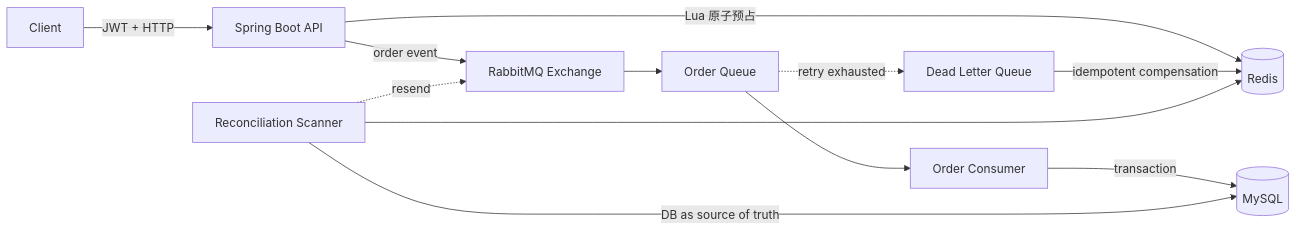
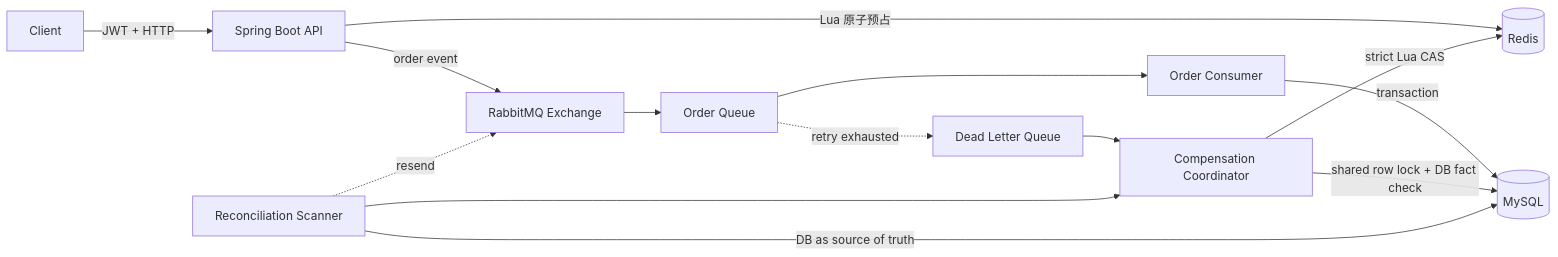
One commit to Jiyun-he/seckill changed the diagram in README.md. Above: the diagram before and after it, drawn with Mermaid. The commit also changed other lines of this file and 15 other files, not shown here.

````diff
--- a/README.md
+++ b/README.md
@@ -31,14 +31,16 @@
 ```mermaid
 flowchart LR
     U[Client] -->|JWT + HTTP| API[Spring Boot API]
     API -->|Lua 原子预占| R[(Redis)]
     API -->|order event| EX[RabbitMQ Exchange]
     EX --> Q[Order Queue]
     Q --> C[Order Consumer]
     C -->|transaction| DB[(MySQL)]
     Q -. retry exhausted .-> DLQ[Dead Letter Queue]
-    DLQ -->|idempotent compensation| R
-    S[Reconciliation Scanner] --> R
+    DLQ --> CC[Compensation Coordinator]
+    S[Reconciliation Scanner] --> CC
+    CC -->|shared row lock + DB fact check| DB
+    CC -->|strict Lua CAS| R
     S -->|DB as source of truth| DB
     S -. resend .-> EX
 ```
````
